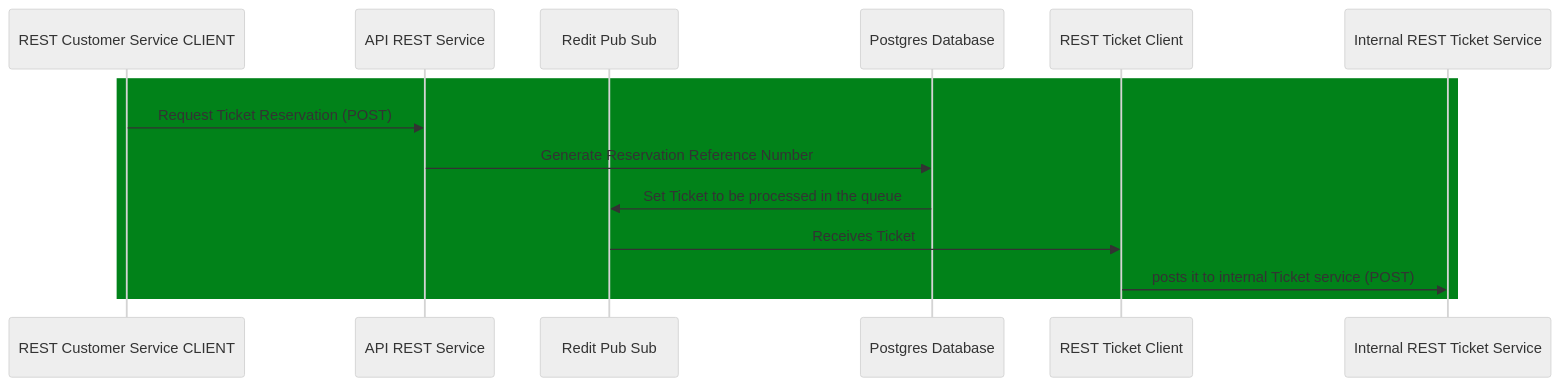
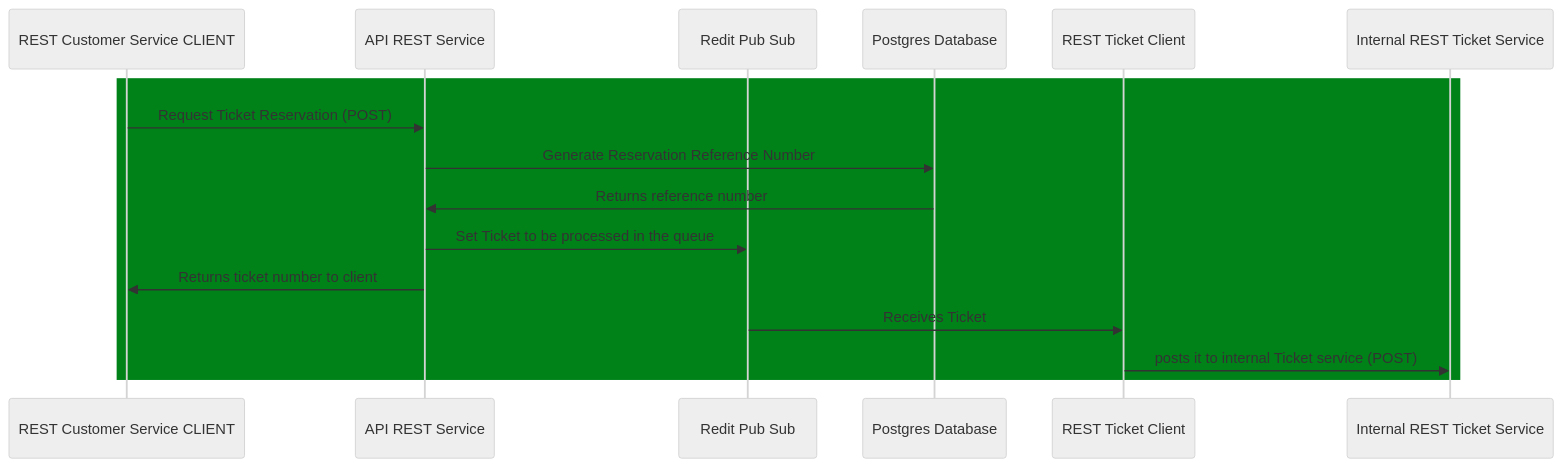
One commit to jesperancinha/buy-odd-yucca-concert changed the diagram in buy-oyc-api-service/README.md. Above: the diagram before and after it, drawn with Mermaid (neutral theme).

Commit message:
🌿 Update sequence diagram

````diff
--- a/buy-oyc-api-service/README.md
+++ b/buy-oyc-api-service/README.md
@@ -7,19 +7,21 @@
 ```mermaid
 
 sequenceDiagram
     participant REST Customer Service CLIENT
     participant API REST Service
     participant Redit Pub Sub
     participant Postgres Database
     participant REST Ticket Client
     participant Internal REST Ticket Service
     
     rect rgb(1,130,25)
     
     REST Customer Service CLIENT->>API REST Service: Request Ticket Reservation (POST)
     API REST Service ->> Postgres Database: Generate Reservation Reference Number
-    Postgres Database ->> Redit Pub Sub: Set Ticket to be processed in the queue
+    Postgres Database ->> API REST Service: Returns reference number
+    API REST Service  ->> Redit Pub Sub: Set Ticket to be processed in the queue
+    API REST Service ->> REST Customer Service CLIENT: Returns ticket number to client
     Redit Pub Sub ->> REST Ticket Client: Receives Ticket 
     REST Ticket Client ->> Internal REST Ticket Service: posts it to internal Ticket service (POST)
     end
 ```
````
